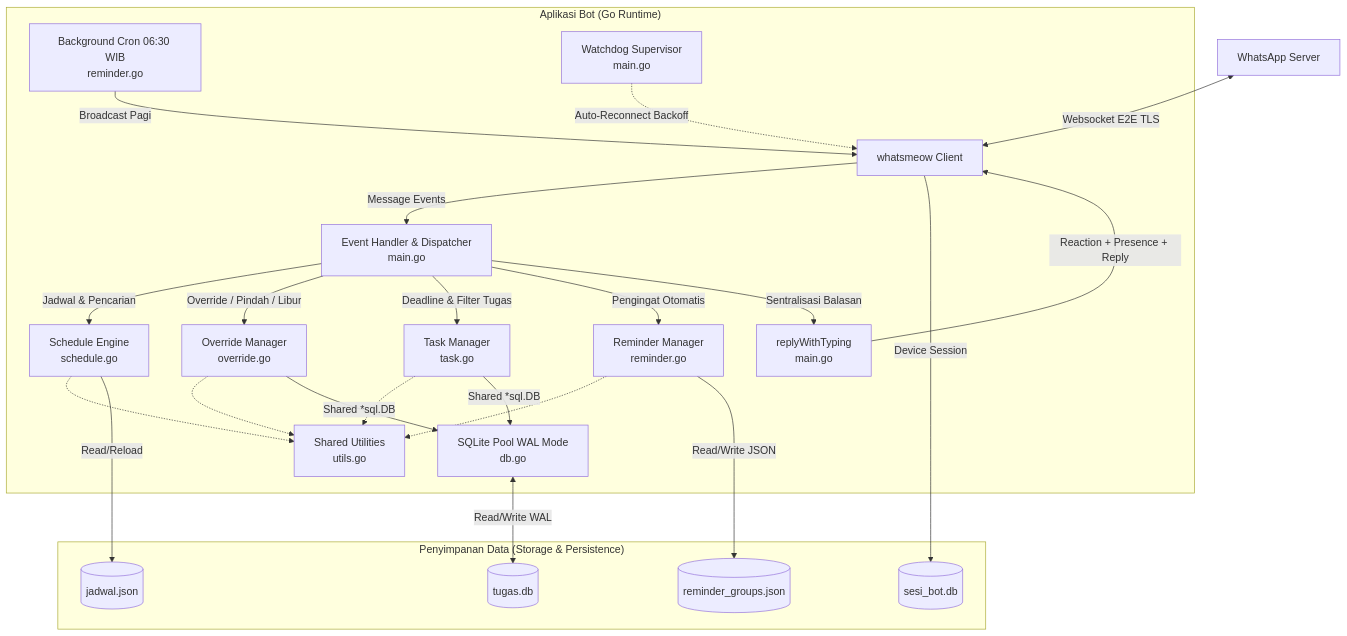
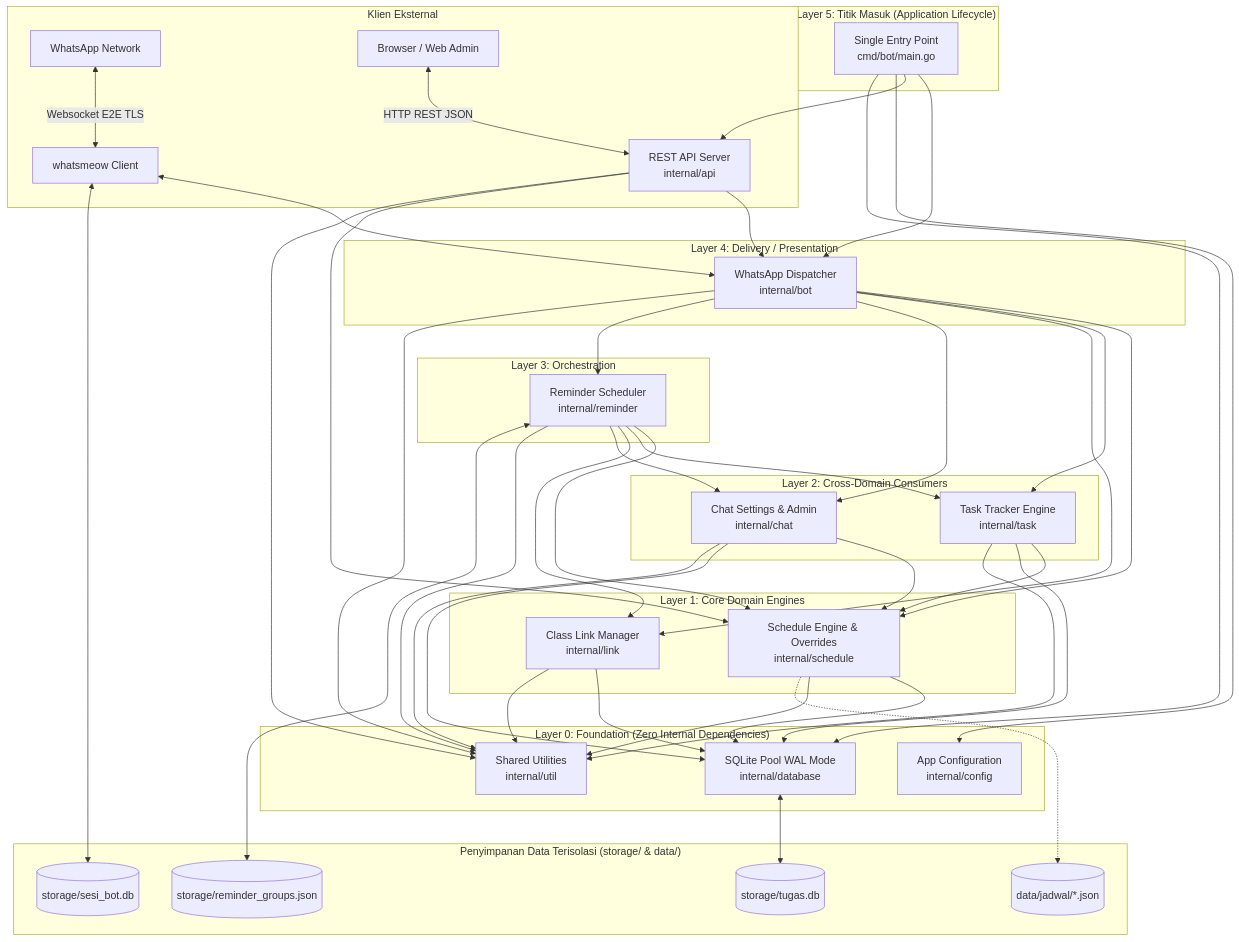
One commit to darvaaph/bot-wa-jadwal changed the diagram in ARCHITECTURE.md. Above: the diagram before and after it, drawn with Mermaid. The commit also changed other lines of this file and 32 other files, not shown here.

Commit message:
feat: implement core bot architecture with scheduling, reminder, and task management systems

````diff
--- a/ARCHITECTURE.md
+++ b/ARCHITECTURE.md
@@ -11,30 +11,59 @@
 ```mermaid
 graph TD
-    WA[WhatsApp Server] <-->|Websocket E2E TLS| WM[whatsmeow Client]
-    
-    subgraph "Aplikasi Bot (Go Runtime)"
-        WM -->|Message Events| EH[Event Handler & Dispatcher<br/>main.go]
-        
-        EH -->|Jadwal & Pencarian| SC[Schedule Engine<br/>schedule.go]
-        EH -->|Override / Pindah / Libur| OM[Override Manager<br/>override.go]
-        EH -->|Deadline & Filter Tugas| TM[Task Manager<br/>task.go]
-        EH -->|Pengingat Otomatis| RM[Reminder Manager<br/>reminder.go]
-        
-        EH -->|Sentralisasi Balasan| RWT[replyWithTyping<br/>main.go]
-        RWT -->|Reaction + Presence + Reply| WM
-        
-        SCHED[Background Cron 06:30 WIB<br/>reminder.go] -->|Broadcast Pagi| WM
-        WD[Watchdog Supervisor<br/>main.go] -.->|Auto-Reconnect Backoff| WM
-        
-        SC & OM & TM & RM -.-> UT[Shared Utilities<br/>utils.go]
-        TM -->|Shared *sql.DB| DBP[SQLite Pool WAL Mode<br/>db.go]
-        OM -->|Shared *sql.DB| DBP
+    subgraph "Klien Eksternal"
+        WA[WhatsApp Network] <-->|Websocket E2E TLS| WM[whatsmeow Client]
+        DASH[Browser / Web Admin] <-->|HTTP REST JSON| API[REST API Server<br/>internal/api]
     end
 
-    subgraph "Penyimpanan Data (Storage & Persistence)"
-        SC -->|Read/Reload| JSN[(jadwal.json)]
-        RM -->|Read/Write JSON| RJ[(reminder_groups.json)]
-        DBP <-->|Read/Write WAL| DB[(tugas.db)]
-        WM -->|Device Session| SDB[(sesi_bot.db)]
+    subgraph "Layer 5: Titik Masuk (Application Lifecycle)"
+        CMD[Single Entry Point<br/>cmd/bot/main.go]
     end
+
+    subgraph "Layer 4: Delivery / Presentation"
+        BOT[WhatsApp Dispatcher<br/>internal/bot]
+        API
+    end
+
+    subgraph "Layer 3: Orchestration"
+        REM[Reminder Scheduler<br/>internal/reminder]
+    end
+
+    subgraph "Layer 2: Cross-Domain Consumers"
+        TSK[Task Tracker Engine<br/>internal/task]
+        CHT[Chat Settings & Admin<br/>internal/chat]
+    end
+
+    subgraph "Layer 1: Core Domain Engines"
+        SCH[Schedule Engine & Overrides<br/>internal/schedule]
+        LNK[Class Link Manager<br/>internal/link]
+    end
+
+    subgraph "Layer 0: Foundation (Zero Internal Dependencies)"
+        CFG[App Configuration<br/>internal/config]
+        DBP[SQLite Pool WAL Mode<br/>internal/database]
+        UTL[Shared Utilities<br/>internal/util]
+    end
+
+    subgraph "Penyimpanan Data Terisolasi (storage/ & data/)"
+        JSN[(data/jadwal/*.json)]
+        SDB[(storage/sesi_bot.db)]
+        TDB[(storage/tugas.db)]
+        RMG[(storage/reminder_groups.json)]
+    end
+
+    CMD --> BOT & API & CFG & DBP
+    WM <--> BOT
+    BOT --> SCH & TSK & LNK & CHT & REM & UTL
+    API --> BOT & SCH & UTL
+
+    REM --> SCH & TSK & LNK & CHT & UTL
+    TSK --> SCH & DBP & UTL
+    CHT --> SCH & DBP & UTL
+    SCH --> DBP & UTL
+    LNK --> DBP & UTL
+
+    SCH -.-> JSN
+    DBP <--> TDB
+    WM <--> SDB
+    REM <--> RMG
 ```
````
